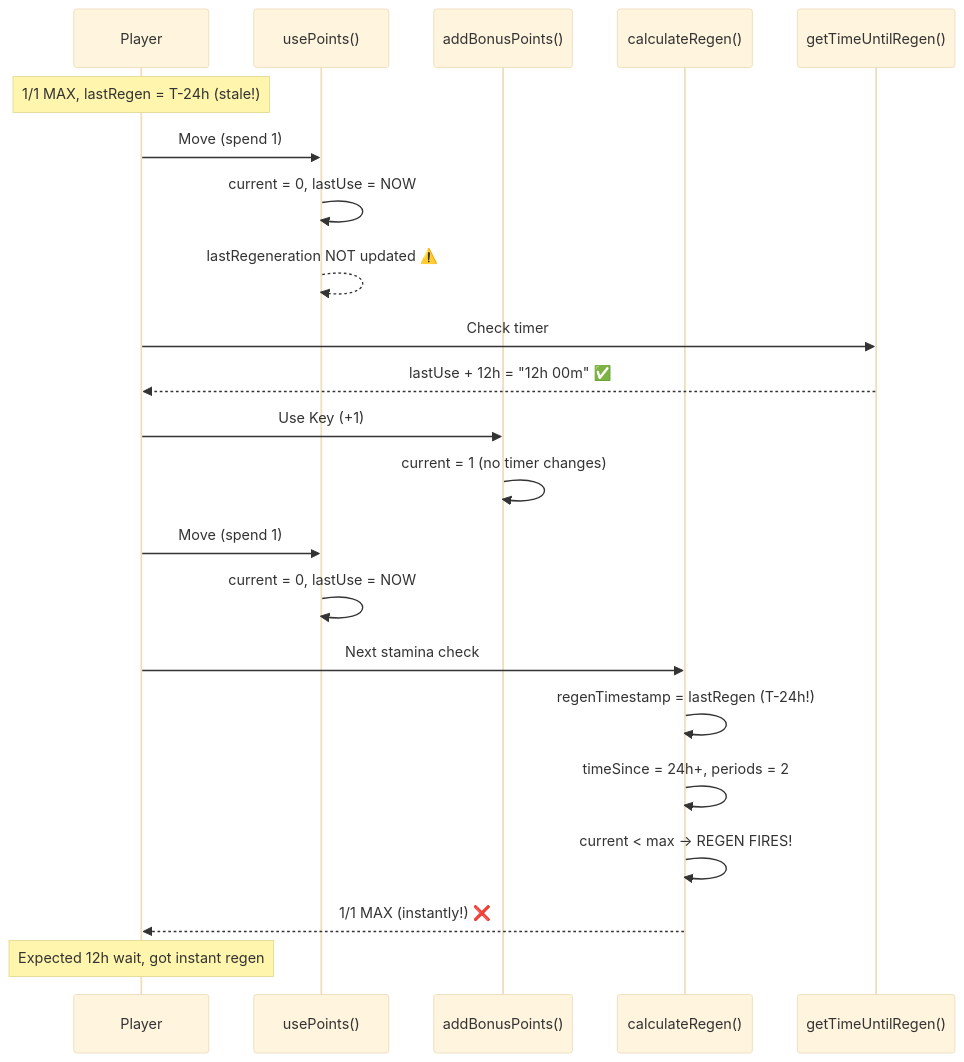
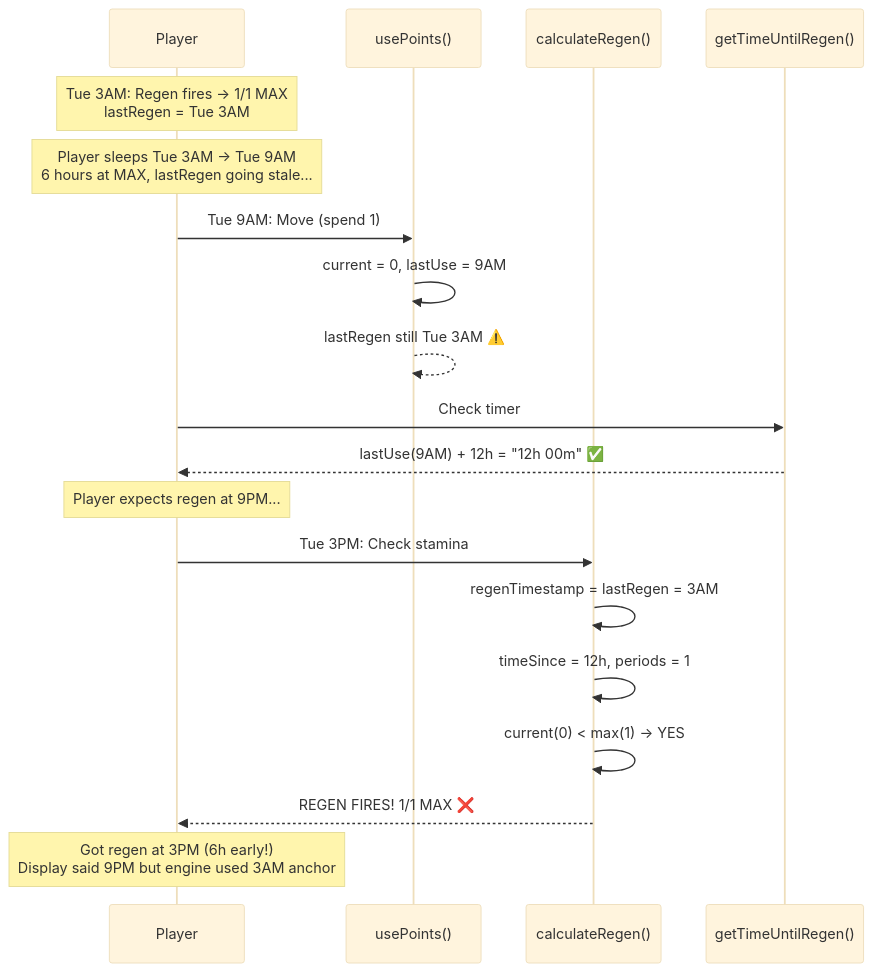
Before and after one commit to extremedonkey/castbot: the second of 3 diagrams in docs/01-RaP/0938_20260320_StaminaRegenTimer_Analysis.md, drawn with Mermaid (base theme). The commit also changed other lines of this file, not shown here.

Commit message:
Comprehensive stamina regen RaP: all test cases, Mermaid diagrams, fix status, consumable behavior, regen cap, verification steps

````diff
--- a/docs/01-RaP/0938_20260320_StaminaRegenTimer_Analysis.md
+++ b/docs/01-RaP/0938_20260320_StaminaRegenTimer_Analysis.md
@@ -182,31 +120,28 @@
 ```mermaid
 sequenceDiagram
     participant P as Player
     participant UP as usePoints()
-    participant AB as addBonusPoints()
     participant RC as calculateRegen()
     participant DT as getTimeUntilRegen()
 
-    Note over P: 1/1 MAX, lastRegen = T-24h (stale!)
+    Note over P: Tue 3AM: Regen fires → 1/1 MAX<br/>lastRegen = Tue 3AM
 
-    P->>UP: Move (spend 1)
-    UP->>UP: current = 0, lastUse = NOW
-    UP-->>UP: lastRegeneration NOT updated ⚠️
+    Note over P: Player sleeps Tue 3AM → Tue 9AM<br/>6 hours at MAX, lastRegen going stale...
+
+    P->>UP: Tue 9AM: Move (spend 1)
+    UP->>UP: current = 0, lastUse = 9AM
+    UP-->>UP: lastRegen still Tue 3AM ⚠️
 
     P->>DT: Check timer
-    DT-->>P: lastUse + 12h = "12h 00m" ✅
+    DT-->>P: lastUse(9AM) + 12h = "12h 00m" ✅
 
-    P->>AB: Use Key (+1)
-    AB->>AB: current = 1 (no timer changes)
+    Note over P: Player expects regen at 9PM...
 
-    P->>UP: Move (spend 1)
-    UP->>UP: current = 0, lastUse = NOW
+    P->>RC: Tue 3PM: Check stamina
+    RC->>RC: regenTimestamp = lastRegen = 3AM
+    RC->>RC: timeSince = 12h, periods = 1
+    RC->>RC: current(0) < max(1) → YES
+    RC-->>P: REGEN FIRES! 1/1 MAX ❌
 
-    P->>RC: Next stamina check
-    RC->>RC: regenTimestamp = lastRegen (T-24h!)
-    RC->>RC: timeSince = 24h+, periods = 2
-    RC->>RC: current < max → REGEN FIRES!
-    RC-->>P: 1/1 MAX (instantly!) ❌
-
-    Note over P: Expected 12h wait, got instant regen
+    Note over P: Got regen at 3PM (6h early!)<br/>Display said 9PM but engine used 3AM anchor
 ```
````
